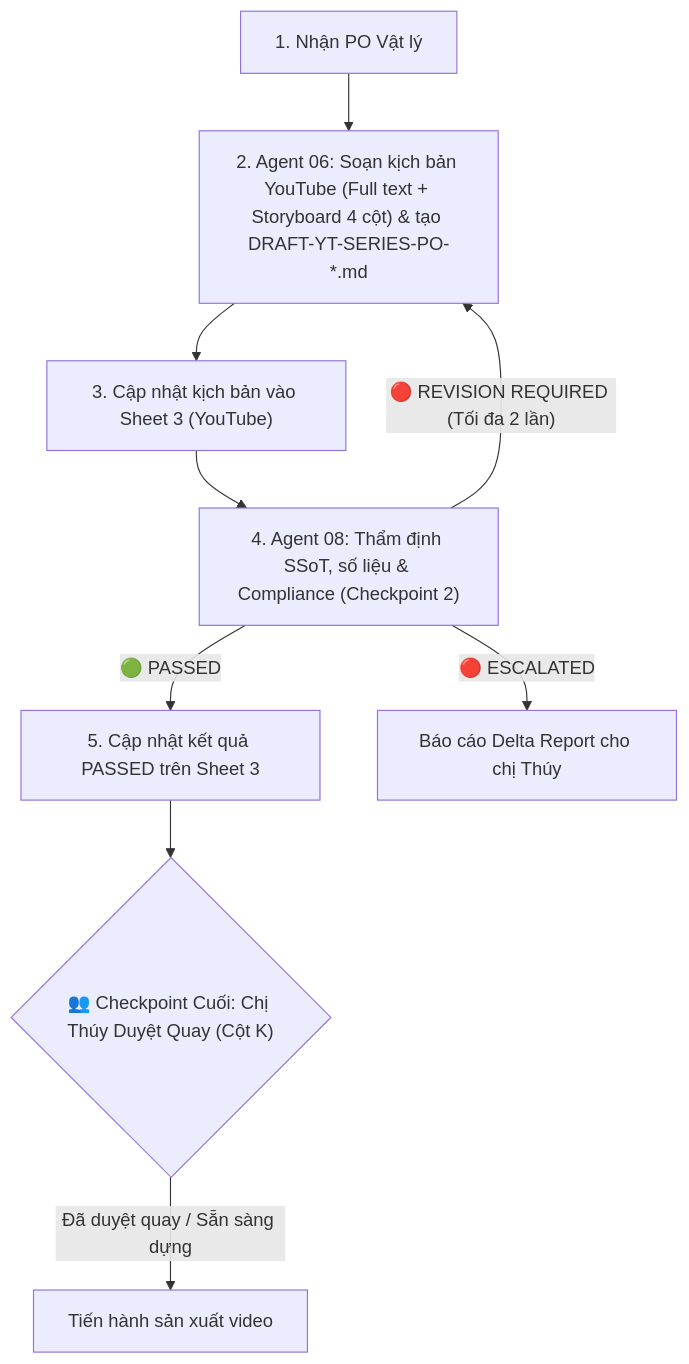
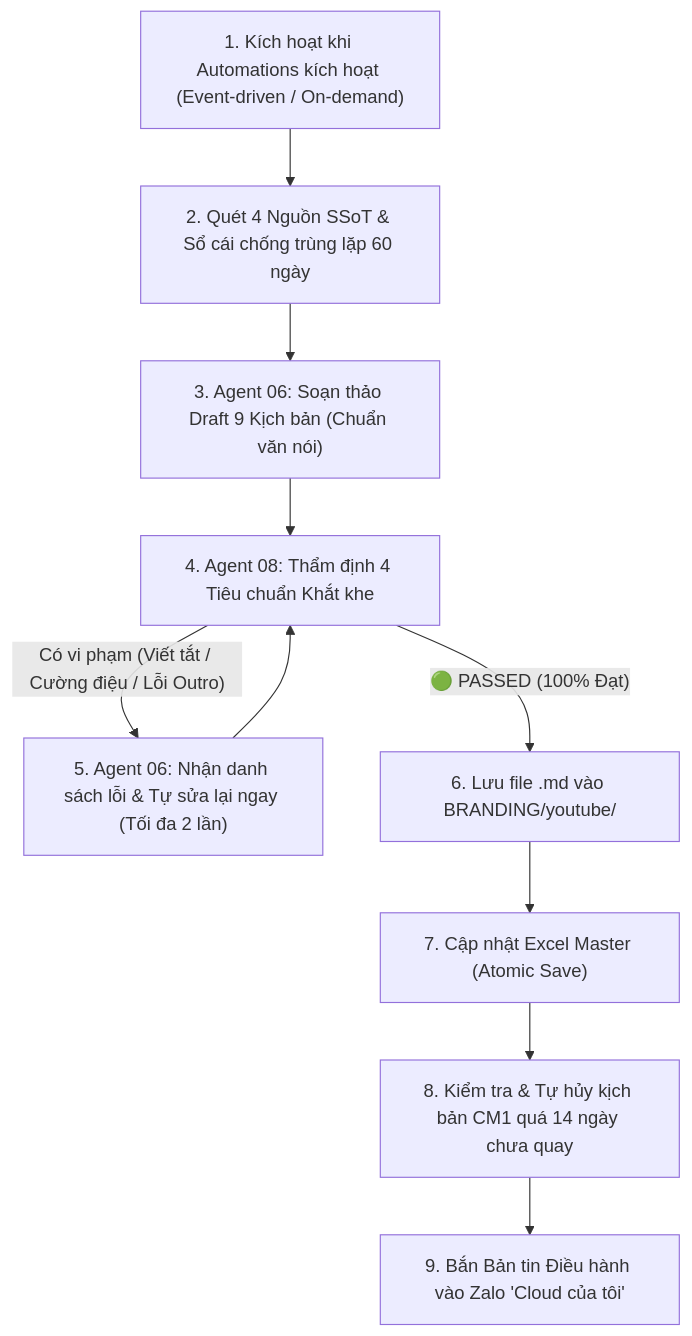
Before and after one commit to thuysyooyoo/AI-branding: the third of 3 diagrams in workflows/wf03_youtube_production.md, drawn with Mermaid. The commit also changed other lines of this file and 861 other files, not shown here.

````diff
--- a/workflows/wf03_youtube_production.md
+++ b/workflows/wf03_youtube_production.md
@@ -22,11 +129,12 @@
 ```mermaid
 graph TD
-    A["1. Nhận PO Vật lý"] --> B["2. Agent 06: Soạn kịch bản YouTube (Full text + Storyboard 4 cột) & tạo DRAFT-YT-SERIES-PO-*.md"]
-    B --> C["3. Cập nhật kịch bản vào Sheet 3 (YouTube)"]
-    C --> D["4. Agent 08: Thẩm định SSoT, số liệu & Compliance (Checkpoint 2)"]
-    D -- "🟢 PASSED" --> E["5. Cập nhật kết quả PASSED trên Sheet 3"]
-    D -- "🔴 REVISION REQUIRED (Tối đa 2 lần)" --> B
-    D -- "🔴 ESCALATED" --> F["Báo cáo Delta Report cho chị Thúy"]
-    E --> G{"👥 Checkpoint Cuối: Chị Thúy Duyệt Quay (Cột K)"}
-    G -- "Đã duyệt quay / Sẵn sàng dựng" --> H["Tiến hành sản xuất video"]
+    A["1. Kích hoạt khi Automations kích hoạt (Event-driven / On-demand)"] --> B["2. Quét 4 Nguồn SSoT & Sổ cái chống trùng lặp 60 ngày"]
+    B --> C["3. Agent 06: Soạn thảo Draft 9 Kịch bản (Chuẩn văn nói)"]
+    C --> D["4. Agent 08: Thẩm định 4 Tiêu chuẩn Khắt khe"]
+    D -- "Có vi phạm (Viết tắt / Cường điệu / Lỗi Outro)" --> E["5. Agent 06: Nhận danh sách lỗi & Tự sửa lại ngay (Tối đa 2 lần)"]
+    E --> D
+    D -- "🟢 PASSED (100% Đạt)" --> F["6. Lưu file .md vào BRANDING/youtube/"]
+    F --> G["7. Cập nhật Excel Master (Atomic Save)"]
+    G --> H["8. Kiểm tra & Tự hủy kịch bản CM1 quá 14 ngày chưa quay"]
+    H --> I["9. Bắn Bản tin Điều hành vào Zalo 'Cloud của tôi'"]
 ```
````
